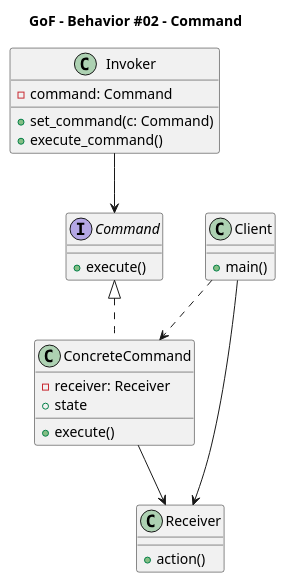
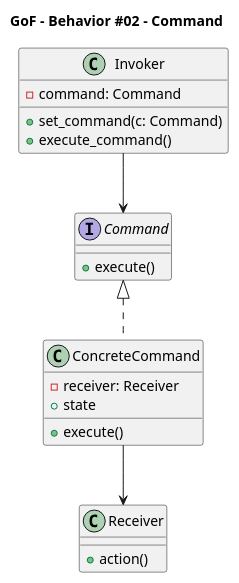
One commit to Takayoshi-Matsuyama/design_patterns changed the diagram in GoF/GoF_be02_command.puml. Above: the diagram before and after it, drawn with PlantUML. The commit also changed 1 other file, not shown here.

Commit message:
GoF - Command Py

```diff
--- a/GoF/GoF_be02_command.puml
+++ b/GoF/GoF_be02_command.puml
@@ -1,50 +1,44 @@
 @startuml gof_command
 
 'Copyright 2026 Takayoshi Matsuyama
 '
 'Licensed under the Apache License, Version 2.0 (the "License");
 'you may not use this file except in compliance with the License.
 'You may obtain a copy of the License at
 '
 '    http://www.apache.org/licenses/LICENSE-2.0
 '
 'Unless required by applicable law or agreed to in writing, software
 'distributed under the License is distributed on an "AS IS" BASIS,
 'WITHOUT WARRANTIES OR CONDITIONS OF ANY KIND, either express or implied.
 'See the License for the specific language governing permissions and
 'limitations under the License.
 
 title GoF - Behavior #02 - Command
 
 class Receiver {
     +action()
 }
 
 interface Command {
     +execute()
 }
 
 class ConcreteCommand {
     -receiver: Receiver
     +state
     +execute()
 }
 
 Command <|.. ConcreteCommand
 
 class Invoker {
     -command: Command
     +set_command(c: Command)
     +execute_command()
 }
 
 Invoker --> Command
 ConcreteCommand --> Receiver
 
-class Client {
-    +main()
-}
-
-Client --> Receiver
-Client ..> ConcreteCommand
 @enduml
```
